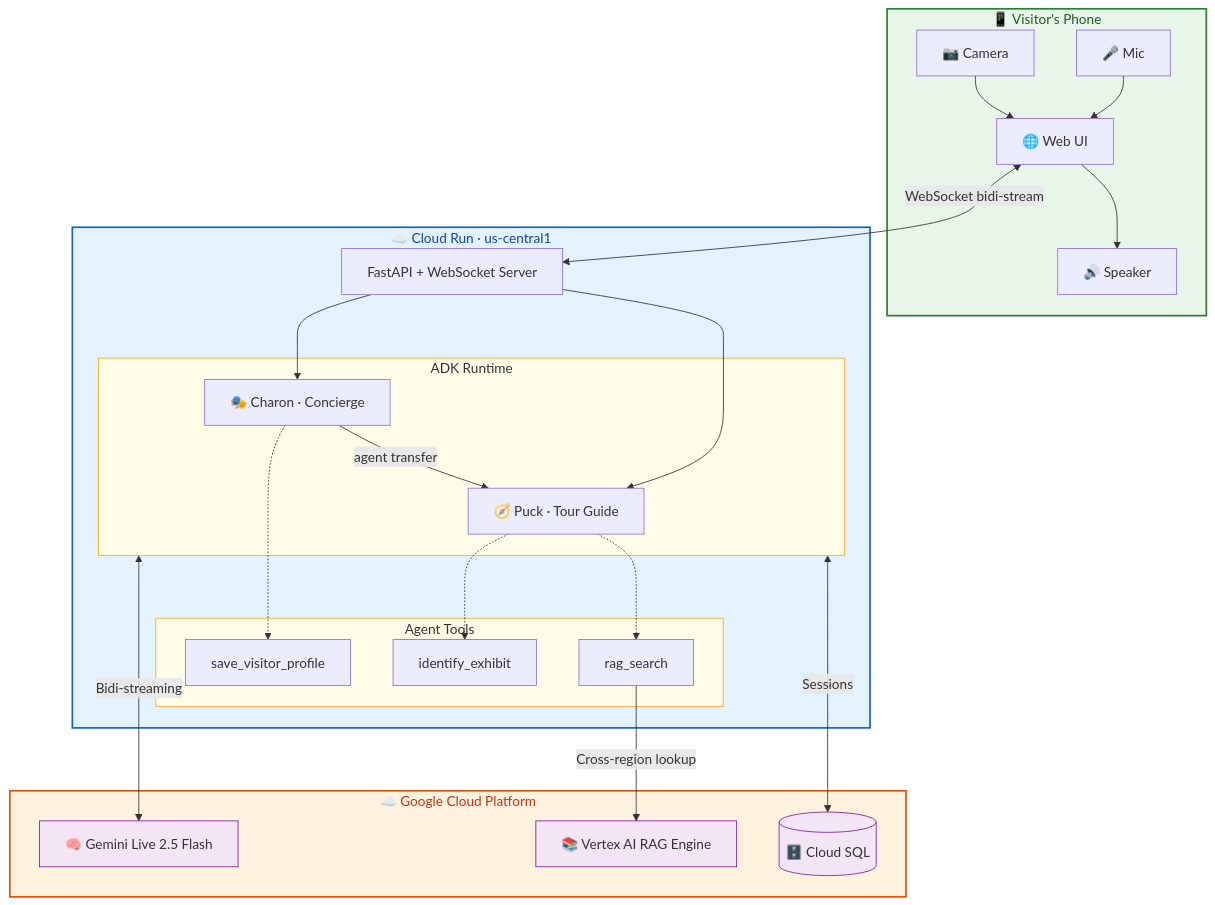
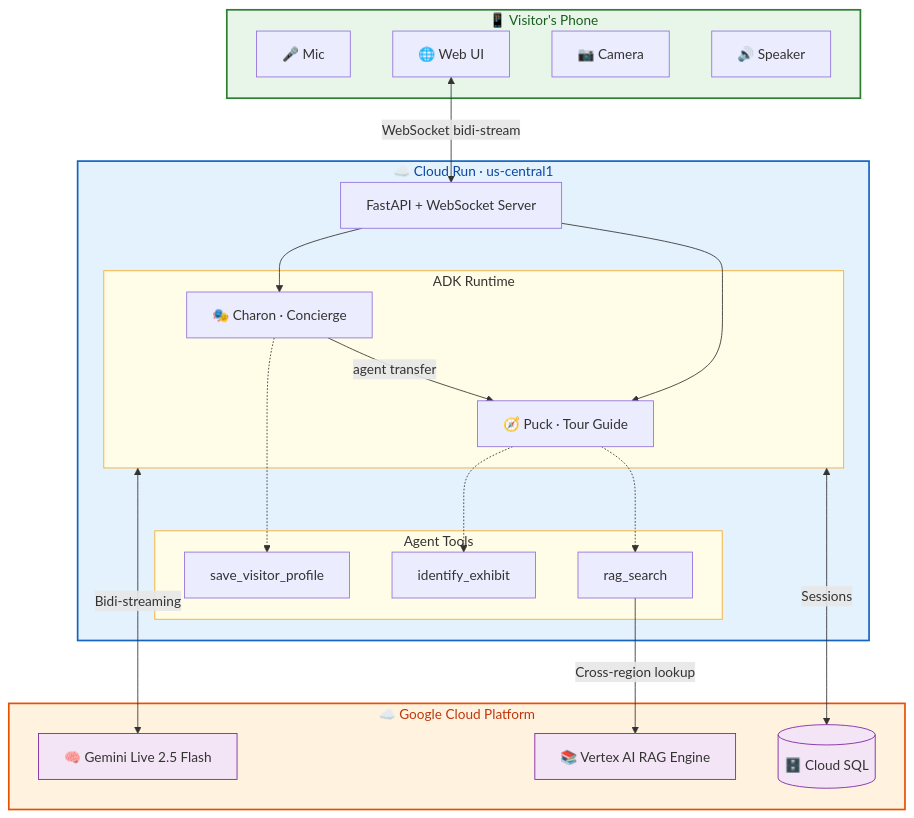
Before and after one commit to casspapa/MyPocketGuide: the first of 2 diagrams in README.md, drawn with Mermaid. The commit also changed other lines of this file, not shown here.

Commit message:
README-Update

````diff
--- a/README.md
+++ b/README.md
@@ -65,51 +65,52 @@
 ```mermaid
 flowchart TD
     subgraph VISITOR["📱 Visitor's Phone"]
-        MIC["🎤 Mic"] --> UI["🌐 Web UI"]
-        CAM["📷 Camera"] --> UI
-        UI --> SPEAKER["🔊 Speaker"]
+        MIC["🎤 Mic"]
+        UI["🌐 Web UI"]
+        CAM["📷 Camera"]
+        SPEAKER["🔊 Speaker"]
     end
 
     UI <-->|"WebSocket bidi-stream"| FASTAPI
 
     subgraph GCR["☁️ Cloud Run · us-central1"]
         FASTAPI["FastAPI + WebSocket Server"]
 
         FASTAPI --> CONCIERGE
         FASTAPI --> TOURGUIDE
 
         subgraph ADK["ADK Runtime"]
             CONCIERGE["🎭 Charon · Concierge"]
             CONCIERGE -->|"agent transfer"| TOURGUIDE["🧭 Puck · Tour Guide"]
         end
 
         subgraph TOOLS["Agent Tools"]
             PROFILE["save_visitor_profile"]
             IDENTIFY["identify_exhibit"]
             RAGTOOL["rag_search"]
         end
 
         CONCIERGE -.-> PROFILE
         TOURGUIDE -.-> IDENTIFY
         TOURGUIDE -.-> RAGTOOL
     end
 
     ADK <-->|"Bidi-streaming"| GEMINI
     RAGTOOL -->|"Cross-region lookup"| RAG
     ADK <-->|"Sessions"| CLOUDSQL
 
     subgraph GCP["☁️ Google Cloud Platform"]
         GEMINI["🧠 Gemini Live 2.5 Flash"]
         RAG["📚 Vertex AI RAG Engine"]
         CLOUDSQL[("🗄️ Cloud SQL")]
     end
 
     style VISITOR fill:#E8F5E9,stroke:#2E7D32,stroke-width:2px,color:#1B5E20
     style GCR fill:#E3F2FD,stroke:#1565C0,stroke-width:2px,color:#0D47A1
     style GCP fill:#FFF3E0,stroke:#E65100,stroke-width:2px,color:#BF360C
     style ADK fill:#FFFDE7,stroke:#F9A825,stroke-width:1px
     style TOOLS fill:#FFFDE7,stroke:#F9A825,stroke-width:1px
     style GEMINI fill:#F3E5F5,stroke:#7B1FA2,stroke-width:1px
     style RAG fill:#F3E5F5,stroke:#7B1FA2,stroke-width:1px
     style CLOUDSQL fill:#F3E5F5,stroke:#7B1FA2,stroke-width:1px
 ```
````
